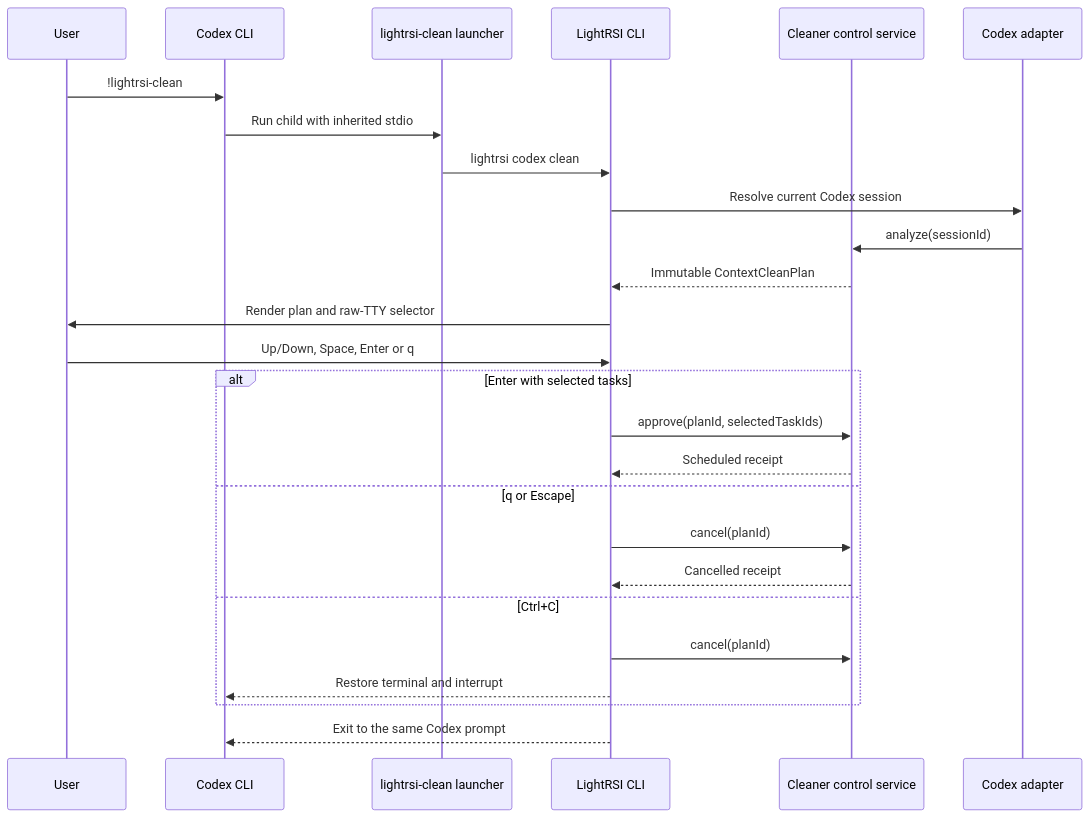
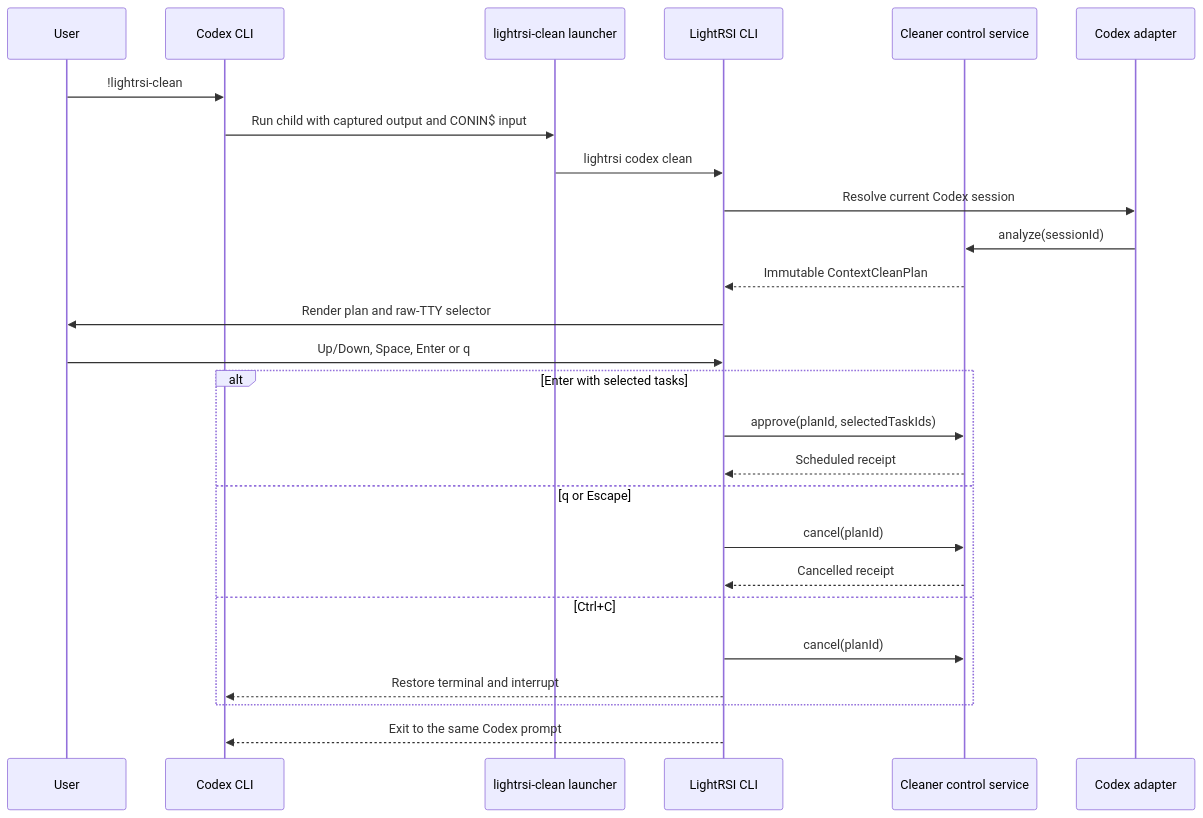
One commit to jgx15638-creator/LightMem2 changed the diagram in docs/superpowers/specs/2026-09-13-codex-cleaner-raw-tty-design.md. Above: the diagram before and after it, drawn with Mermaid. The commit also changed other lines of this file and 59 other files, not shown here.

````diff
--- a/docs/superpowers/specs/2026-09-13-codex-cleaner-raw-tty-design.md
+++ b/docs/superpowers/specs/2026-09-13-codex-cleaner-raw-tty-design.md
@@ -111,29 +175,29 @@
 ```mermaid
 sequenceDiagram
     participant U as User
     participant C as Codex CLI
     participant L as lightrsi-clean launcher
     participant P as LightRSI CLI
     participant S as Cleaner control service
     participant H as Codex adapter
 
     U->>C: !lightrsi-clean
-    C->>L: Run child with inherited stdio
+    C->>L: Run child with captured output and CONIN$ input
     L->>P: lightrsi codex clean
     P->>H: Resolve current Codex session
     H->>S: analyze(sessionId)
     S-->>P: Immutable ContextCleanPlan
     P->>U: Render plan and raw-TTY selector
     U->>P: Up/Down, Space, Enter or q
     alt Enter with selected tasks
         P->>S: approve(planId, selectedTaskIds)
         S-->>P: Scheduled receipt
     else q or Escape
         P->>S: cancel(planId)
         S-->>P: Cancelled receipt
     else Ctrl+C
         P->>S: cancel(planId)
         P-->>C: Restore terminal and interrupt
     end
     P-->>C: Exit to the same Codex prompt
 ```
````
